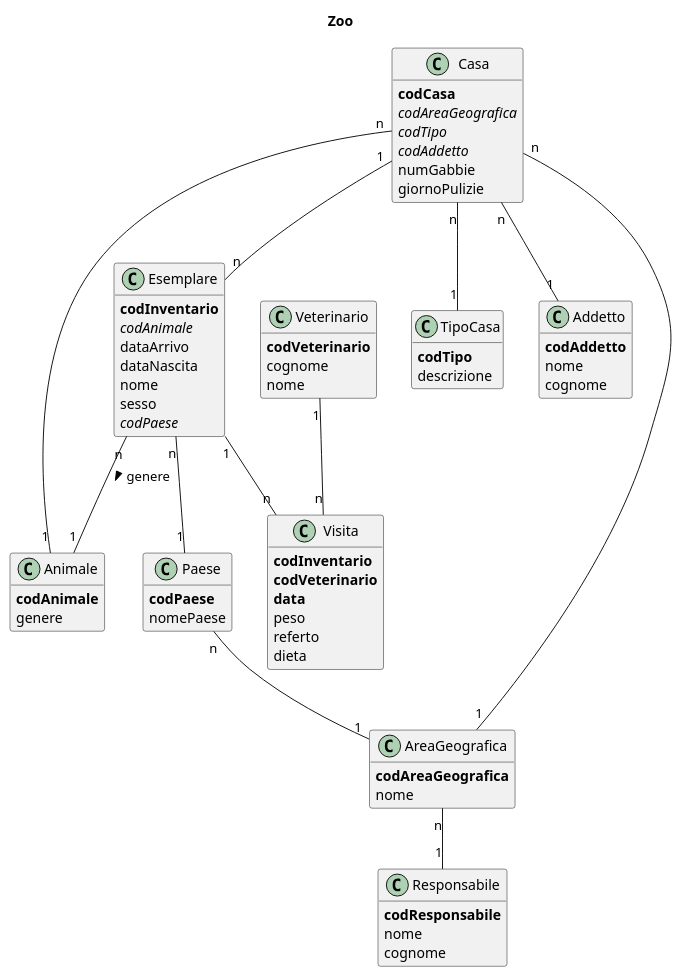
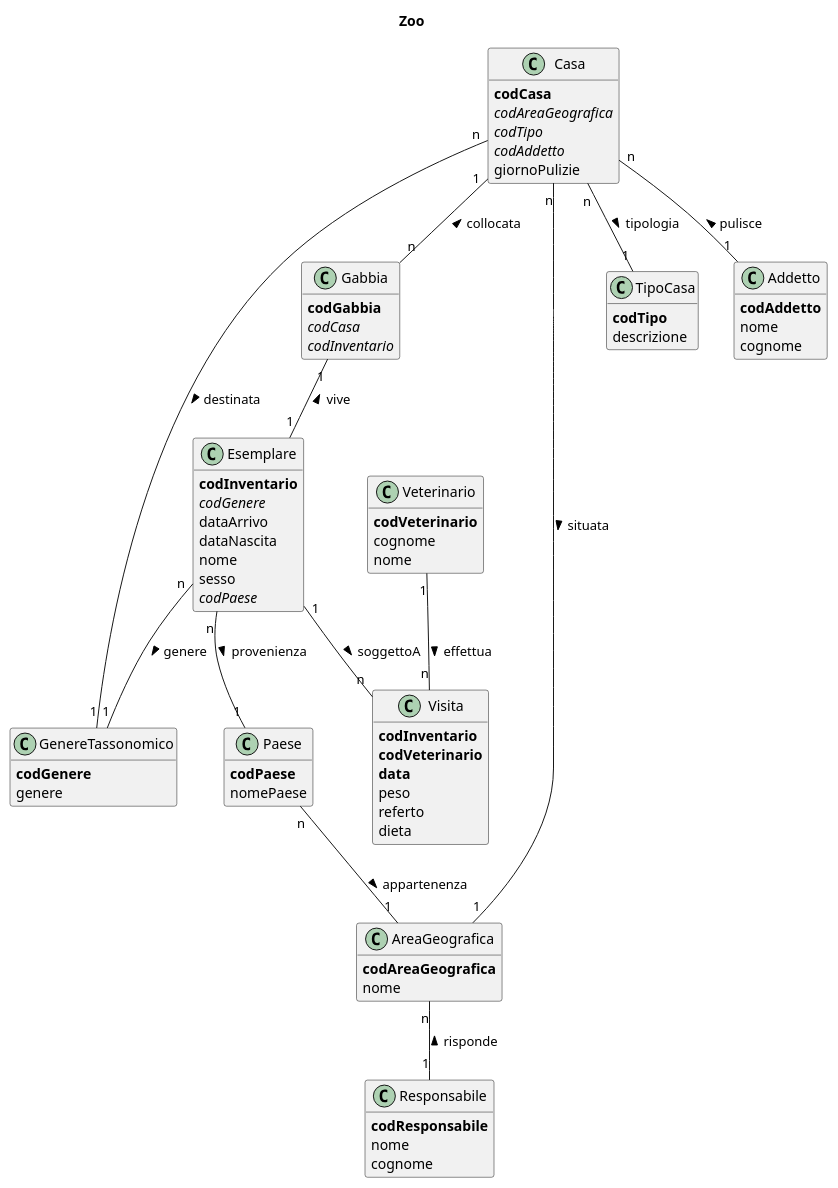
Before and after one commit to gionatamassibenincasa/database-didattici: the first of 3 diagrams in Albano_Ghelli_Orsini__FondamentiDiBasiDiDati/esercizi_interessanti.md, drawn with PlantUML.

````diff
--- a/Albano_Ghelli_Orsini__FondamentiDiBasiDiDati/esercizi_interessanti.md
+++ b/Albano_Ghelli_Orsini__FondamentiDiBasiDiDati/esercizi_interessanti.md
@@ -36,7 +36,7 @@
 
 class Esemplare {
   **codInventario**
-  //codAnimale//
+  //codGenere//
   dataArrivo
   dataNascita
   nome
@@ -44,26 +44,26 @@
   //codPaese//
 }
 
-class Animale {
-  **codAnimale**
+class GenereTassonomico {
+  **codGenere**
   genere
 }
 
-Esemplare "n" -- "1" Animale : genere >
+Esemplare "n" -- "1" GenereTassonomico: genere >
 
 class Paese {
   **codPaese**
   nomePaese
 }
 
-Esemplare "n" -- "1" Paese
+Esemplare "n" -- "1" Paese : provenienza >
 
 class AreaGeografica {
   **codAreaGeografica**
   nome
 }
 
-Paese "n" -- "1" AreaGeografica
+Paese "n" -- "1" AreaGeografica : appartenenza >
 
 class Responsabile {
   **codResponsabile**
@@ -71,26 +71,34 @@
   cognome
 }
 
-AreaGeografica "n" -- "1" Responsabile
+AreaGeografica "n" -- "1" Responsabile : risponde <
 
 class Casa {
   **codCasa**
   //codAreaGeografica//
   //codTipo//
   //codAddetto//
-  numGabbie
   giornoPulizie
 }
 
-Casa "n" -- "1" AreaGeografica : ""
-Casa "n" -- "1" Animale
+Casa "n" -- "1" AreaGeografica : situata >
+Casa "n" -- "1" GenereTassonomico : destinata >
 
 class TipoCasa {
   **codTipo**
   descrizione
 }
 
-Casa "n" -- "1" TipoCasa
+Casa "n" -- "1" TipoCasa : tipologia >
+
+class Gabbia {
+  **codGabbia**
+  //codCasa//
+  //codInventario//
+}
+
+Casa "1" -- "n" Gabbia : collocata <
+Gabbia "1" -- "1" Esemplare : vive <
 
 class Addetto {
   **codAddetto**
@@ -98,8 +106,7 @@
   cognome
 }
 
-Casa "n" -- "1" Addetto
-Casa "1" -- "n" Esemplare
+Casa "n" -- "1" Addetto : pulisce <
 
 class Veterinario {
   **codVeterinario**
@@ -116,6 +123,6 @@
    dieta
 }
 
-Esemplare "1" -- "n" Visita
-Veterinario "1" -- "n" Visita
+Esemplare "1" -- "n" Visita : soggettoA >
+Veterinario "1" -- "n" Visita : effettua >
 ```
````
